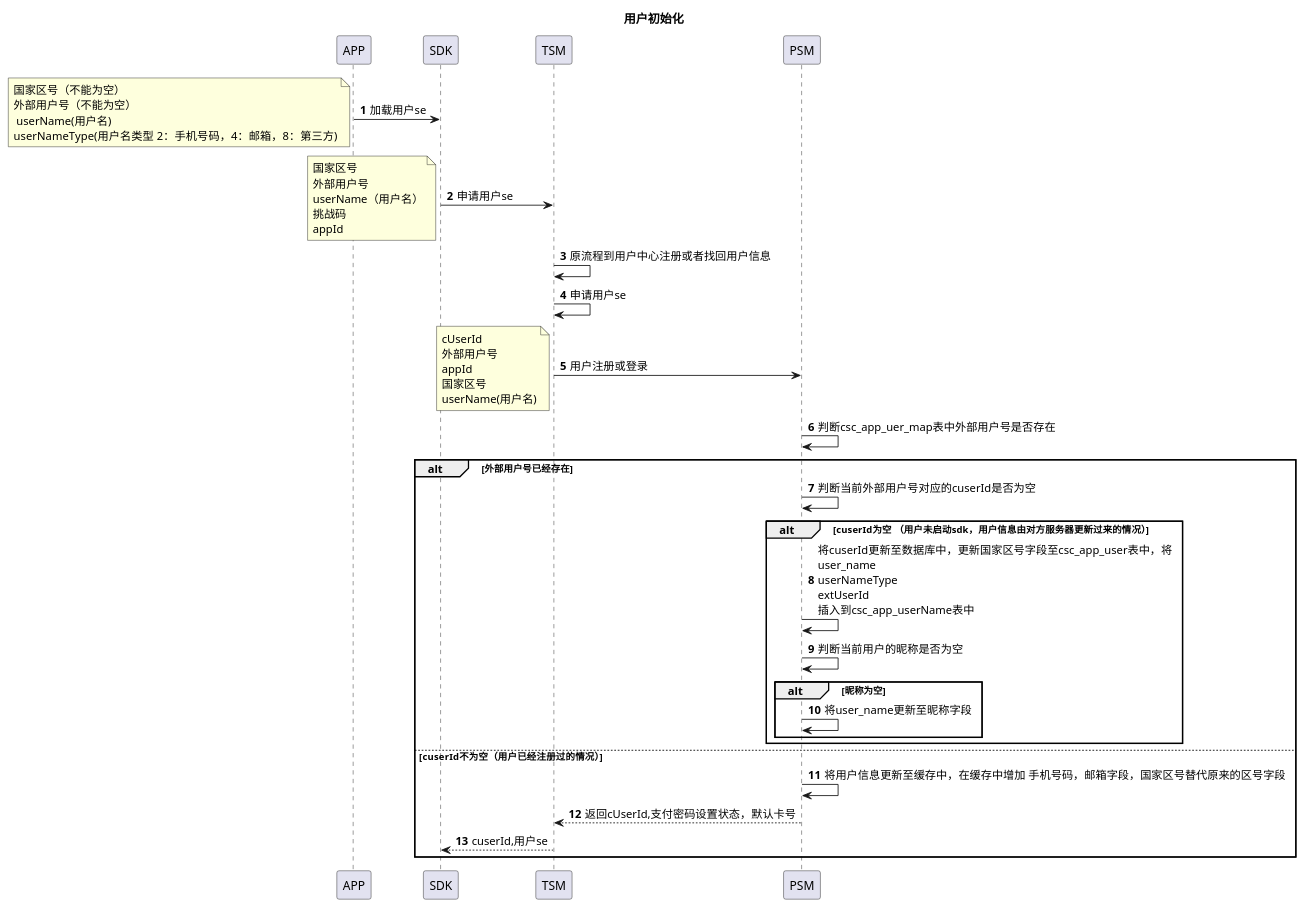
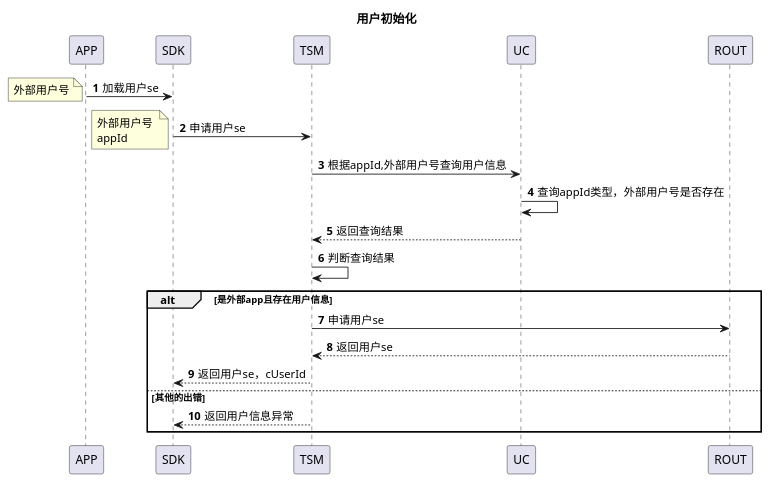
Before and after one commit to 13589080127/zc-test: the diagram in doc/wpay/用户初始化.puml, drawn with PlantUML. The commit also changed 6 other files, not shown here.

```diff
--- a/doc/wpay/用户初始化.puml
+++ b/doc/wpay/用户初始化.puml
@@ -1,29 +1,19 @@
 @startuml
 title:用户初始化
 autonumber
 APP->SDK:加载用户se
-note left:国家区号（不能为空）\n外部用户号（不能为空）\n userName(用户名) \nuserNameType(用户名类型  2：手机号码，4：邮箱，8：第三方)
+note left:外部用户号
 SDK->TSM:申请用户se
-note left:国家区号\n外部用户号\nuserName（用户名）\n挑战码\nappId
-TSM->TSM:原流程到用户中心注册或者找回用户信息
-TSM->TSM:申请用户se
-TSM->PSM:用户注册或登录
-note left:cUserId\n外部用户号\nappId \n国家区号\nuserName(用户名)
-PSM->PSM:判断csc_app_uer_map表中外部用户号是否存在
-alt 外部用户号已经存在
-PSM->PSM:判断当前外部用户号对应的cuserId是否为空
-alt cuserId为空 （用户未启动sdk，用户信息由对方服务器更新过来的情况）
-PSM->PSM:将cuserId更新至数据库中，更新国家区号字段至csc_app_user表中，将\nuser_name\nuserNameType\nextUserId \n插入到csc_app_userName表中
-PSM->PSM:判断当前用户的昵称是否为空
-alt 昵称为空
-PSM->PSM:将user_name更新至昵称字段
+note left:外部用户号 \nappId
+TSM->UC:根据appId,外部用户号查询用户信息
+UC->UC:查询appId类型，外部用户号是否存在
+UC-->TSM:返回查询结果
+TSM->TSM:判断查询结果
+alt 是外部app且存在用户信息
+TSM->ROUT:申请用户se
+ROUT-->TSM:返回用户se
+TSM-->SDK:返回用户se，cUserId
+else 其他的出错
+TSM-->SDK:返回用户信息异常
 end
-end
-else cuserId不为空（用户已经注册过的情况）
-PSM->PSM:将用户信息更新至缓存中，在缓存中增加 手机号码，邮箱字段，国家区号替代原来的区号字段
-PSM-->TSM:返回cUserId,支付密码设置状态，默认卡号
-TSM-->SDK:cuserId,用户se
-end
-
-
 @enduml
```
